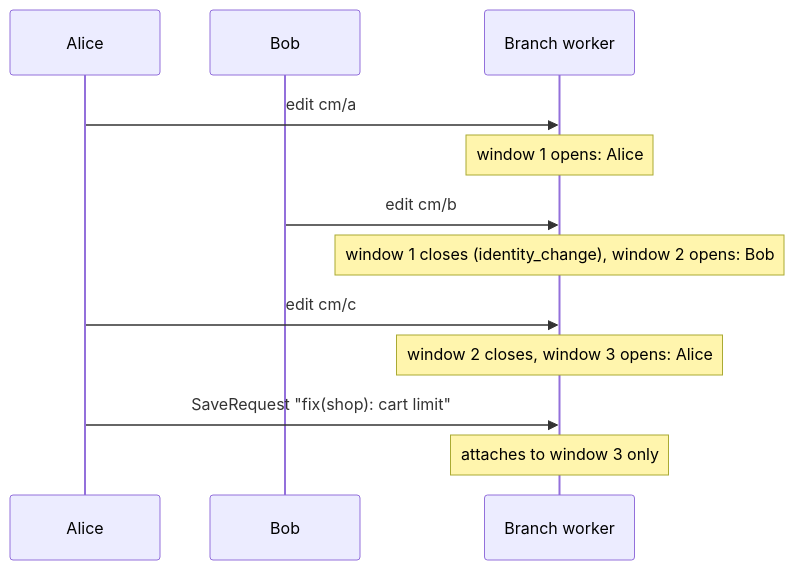
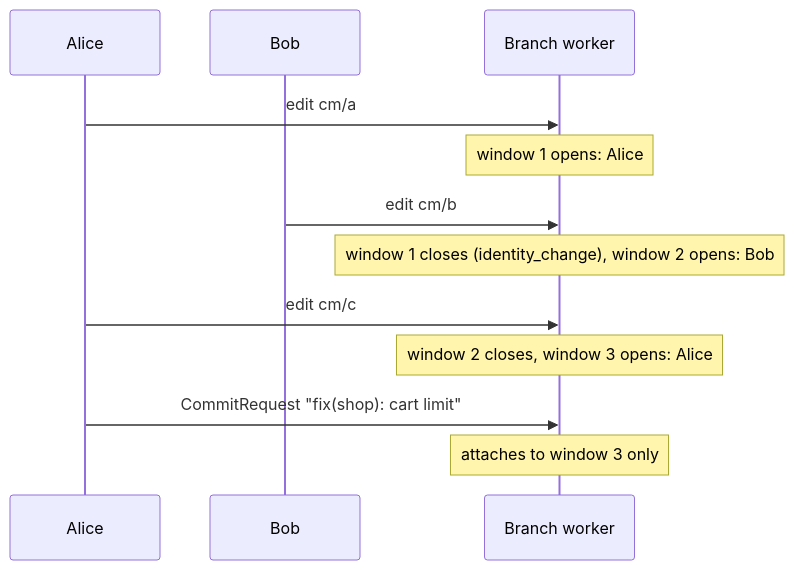
The first of 2 diagrams in docs/design/concurrent-author-windows.md (ConfigButler/gitops-reverser), drawn with Mermaid before and after one commit. The commit also changed other lines of this file and 160 other files, not shown here.

First line of the commit message:
refactor(api): CommitRequest is CommitRequest again

````diff
--- a/docs/design/concurrent-author-windows.md
+++ b/docs/design/concurrent-author-windows.md
@@ -15,14 +15,14 @@
 ```mermaid
 sequenceDiagram
     participant A as Alice
     participant B as Bob
     participant W as Branch worker
     A->>W: edit cm/a
     Note over W: window 1 opens: Alice
     B->>W: edit cm/b
     Note over W: window 1 closes (identity_change), window 2 opens: Bob
     A->>W: edit cm/c
     Note over W: window 2 closes, window 3 opens: Alice
-    A->>W: SaveRequest "fix(shop): cart limit"
+    A->>W: CommitRequest "fix(shop): cart limit"
     Note over W: attaches to window 3 only
 ```
````
